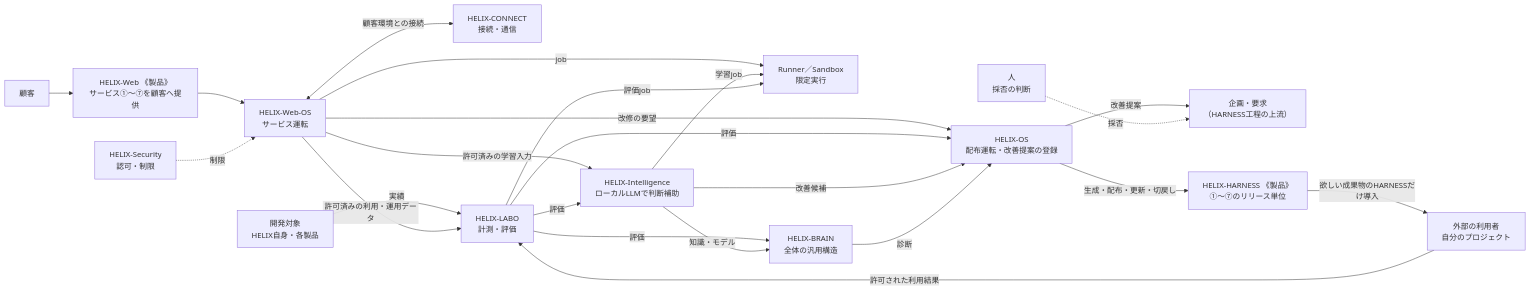
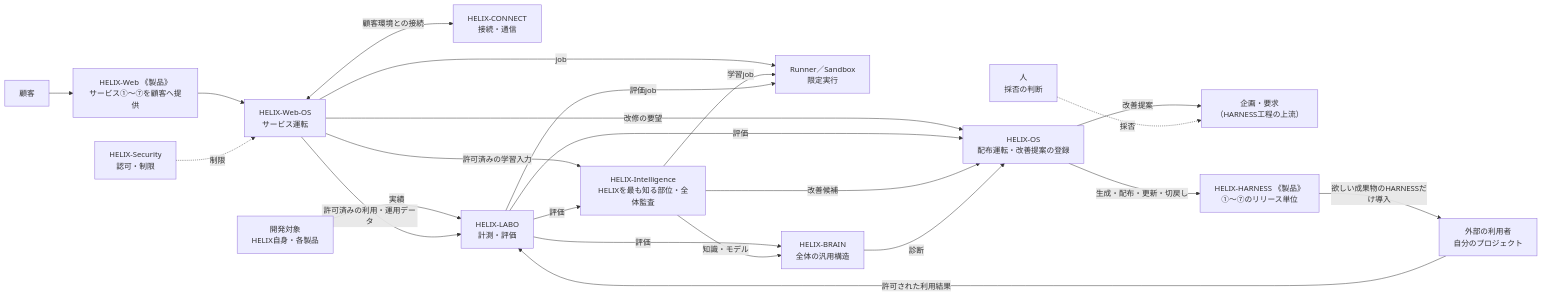
The third of 3 diagrams in docs/concept/helix-concept.md (RetryYN/HELIX-HARNESS), drawn with Mermaid before and after one commit. The commit also changed other lines of this file and 3 other files, not shown here.

First line of the commit message:
docs: make HELIX-Intelligence the part that knows HELIX best

````diff
--- a/docs/concept/helix-concept.md
+++ b/docs/concept/helix-concept.md
@@ -160,41 +160,41 @@
 ```mermaid
 flowchart LR
     REQ2["企画・要求<br/>（HARNESS工程の上流）"]
     Human["人<br/>採否の判断"]
     Targets["開発対象<br/>HELIX自身・各製品"]
     PKG["HELIX-HARNESS 《製品》<br/>①〜⑦のリリース単位"]
     ExtUser["外部の利用者<br/>自分のプロジェクト"]
     Customer["顧客"]
     WEB["HELIX-Web 《製品》<br/>サービス①〜⑦を顧客へ提供"]
     WEBOS["HELIX-Web-OS<br/>サービス運転"]
     CONNECT["HELIX-CONNECT<br/>接続・通信"]
     RUNNER["Runner／Sandbox<br/>限定実行"]
     LABO["HELIX-LABO<br/>計測・評価"]
-    INT["HELIX-Intelligence<br/>ローカルLLMで判断補助"]
+    INT["HELIX-Intelligence<br/>HELIXを最も知る部位・全体監査"]
     BRAIN["HELIX-BRAIN<br/>全体の汎用構造"]
     OS["HELIX-OS<br/>配布運転・改善提案の登録"]
     SEC["HELIX-Security<br/>認可・制限"]
 
     OS -->|生成・配布・更新・切戻し| PKG
     PKG -->|欲しい成果物のHARNESSだけ導入| ExtUser
     ExtUser -->|許可された利用結果| LABO
     Customer --> WEB
     WEB --> WEBOS
     WEBOS <-->|顧客環境との接続| CONNECT
     WEBOS -->|job| RUNNER
     SEC -.->|制限| WEBOS
     Targets -->|実績| LABO
     WEBOS -->|許可済みの利用・運用データ| LABO
     WEBOS -->|許可済みの学習入力| INT
     WEBOS -->|改修の要望| OS
     LABO -->|評価| BRAIN
     LABO -->|評価| INT
     LABO -->|評価| OS
     INT -->|知識・モデル| BRAIN
     INT -->|改善候補| OS
     INT -->|学習job| RUNNER
     LABO -->|評価job| RUNNER
     BRAIN -->|診断| OS
     OS -->|改善提案| REQ2
     Human -.->|採否| REQ2
 ```
````
